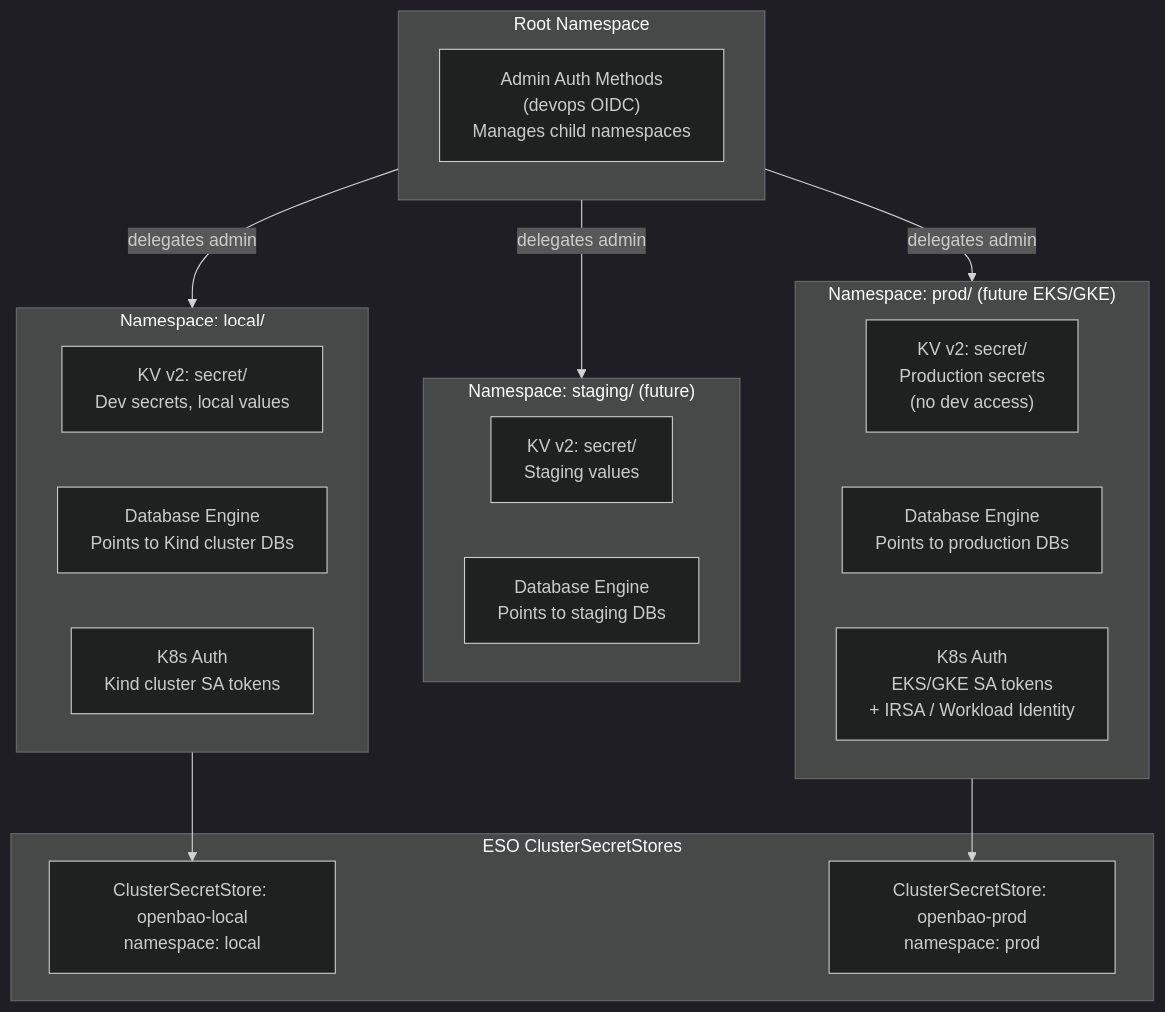
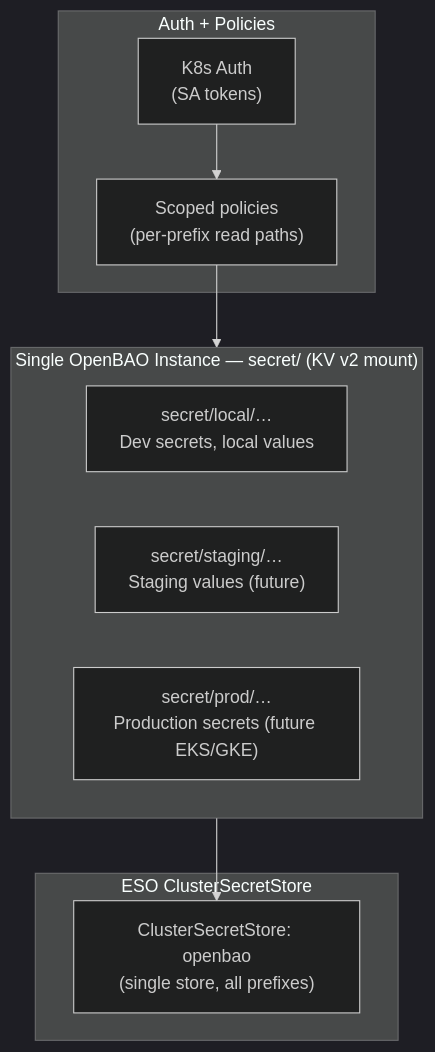
Diagram 15 of 18 in docs/secrets/README.md (duynhlab/homelab), drawn with Mermaid (dark theme) before and after one commit. The commit also changed other lines of this file and 243 other files, not shown here.

````diff
--- a/docs/secrets/README.md
+++ b/docs/secrets/README.md
@@ -774,33 +779,20 @@
 ```mermaid
 flowchart TD
-    subgraph root_ns["Root Namespace"]
-        admin_auth["Admin Auth Methods\n(devops OIDC)\nManages child namespaces"]
+    subgraph instance["Single OpenBAO Instance — secret/ (KV v2 mount)"]
+        local_p["secret/local/…\nDev secrets, local values"]
+        staging_p["secret/staging/…\nStaging values (future)"]
+        prod_p["secret/prod/…\nProduction secrets (future EKS/GKE)"]
     end
 
-    subgraph local_ns["Namespace: local/"]
-        l_kv["KV v2: secret/\nDev secrets, local values"]
-        l_db["Database Engine\nPoints to Kind cluster DBs"]
-        l_auth["K8s Auth\nKind cluster SA tokens"]
+    subgraph auth["Auth + Policies"]
+        k8s_auth["K8s Auth\n(SA tokens)"]
+        policies["Scoped policies\n(per-prefix read paths)"]
     end
 
-    subgraph staging_ns["Namespace: staging/ (future)"]
-        s_kv["KV v2: secret/\nStaging values"]
-        s_db["Database Engine\nPoints to staging DBs"]
+    subgraph eso_store["ESO ClusterSecretStore"]
+        css["ClusterSecretStore: openbao\n(single store, all prefixes)"]
     end
 
-    subgraph prod_ns["Namespace: prod/ (future EKS/GKE)"]
-        p_kv["KV v2: secret/\nProduction secrets\n(no dev access)"]
-        p_db["Database Engine\nPoints to production DBs"]
-        p_auth["K8s Auth\nEKS/GKE SA tokens\n+ IRSA / Workload Identity"]
-    end
-
-    root_ns -->|"delegates admin"| local_ns & staging_ns & prod_ns
-
-    subgraph eso_stores["ESO ClusterSecretStores"]
-        css_local["ClusterSecretStore: openbao-local\nnamespace: local"]
-        css_prod["ClusterSecretStore: openbao-prod\nnamespace: prod"]
-    end
-
-    local_ns --> css_local
-    prod_ns --> css_prod
+    k8s_auth --> policies --> instance
+    instance --> css
 ```
````
